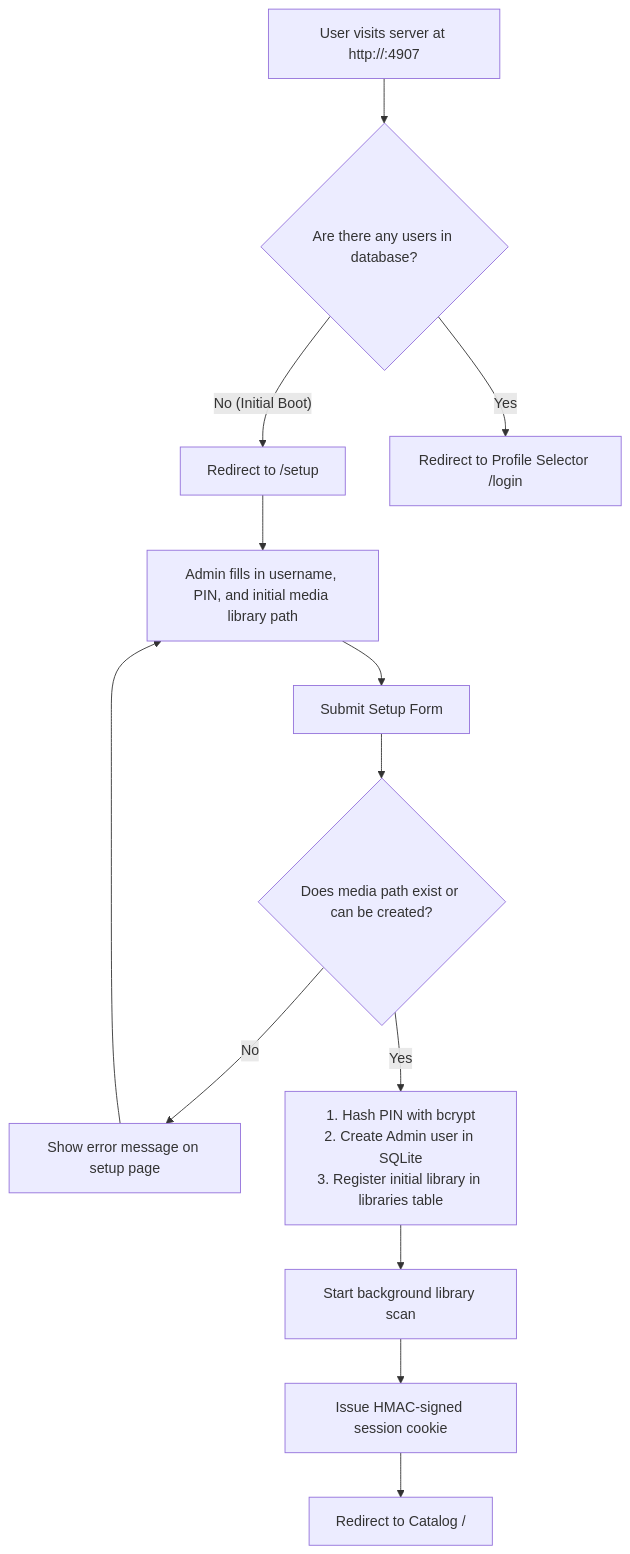
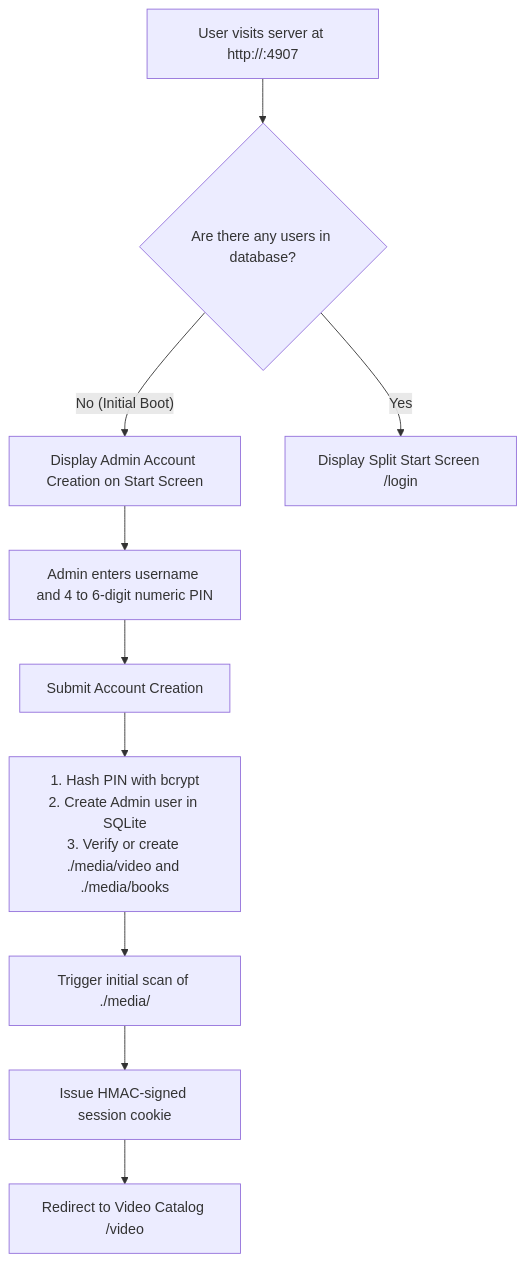
Before and after one commit to WesleyEsq/Flan-Media-Server: the first of 5 diagrams in docs/diagrams/user-flows.md, drawn with Mermaid. The commit also changed other lines of this file and 14 other files, not shown here.

````diff
--- a/docs/diagrams/user-flows.md
+++ b/docs/diagrams/user-flows.md
@@ -11,18 +11,14 @@
 ```mermaid
 flowchart TD
     Start["User visits server at http://<ip>:4907"] --> CheckDB{"Are there any users in database?"}
-    CheckDB -- "No (Initial Boot)" --> RedirectSetup["Redirect to /setup"]
-    CheckDB -- "Yes" --> ShowLogin["Redirect to Profile Selector /login"]
+    CheckDB -- "No (Initial Boot)" --> ShowSetup["Display Admin Account Creation on Start Screen"]
+    CheckDB -- "Yes" --> ShowLogin["Display Split Start Screen /login"]
 
-    RedirectSetup --> Form["Admin fills in username, PIN, and initial media library path"]
-    Form --> Submit["Submit Setup Form"]
+    ShowSetup --> Form["Admin enters username and 4 to 6-digit numeric PIN"]
+    Form --> Submit["Submit Account Creation"]
 
-    Submit --> ValidatePath{"Does media path exist or can be created?"}
-    ValidatePath -- "No" --> Error["Show error message on setup page"]
-    Error --> Form
-
-    ValidatePath -- "Yes" --> CreateAdmin["1. Hash PIN with bcrypt<br/>2. Create Admin user in SQLite<br/>3. Register initial library in libraries table"]
-    CreateAdmin --> StartScan["Start background library scan"]
+    Submit --> CreateAdmin["1. Hash PIN with bcrypt<br/>2. Create Admin user in SQLite<br/>3. Verify or create ./media/video and ./media/books"]
+    CreateAdmin --> StartScan["Trigger initial scan of ./media/"]
     StartScan --> IssueSession["Issue HMAC-signed session cookie"]
-    IssueSession --> Catalog["Redirect to Catalog /"]
+    IssueSession --> Catalog["Redirect to Video Catalog /video"]
 ```
````
